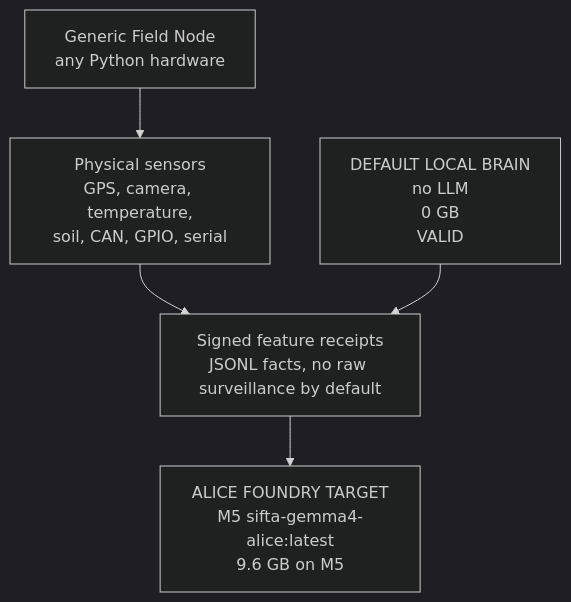
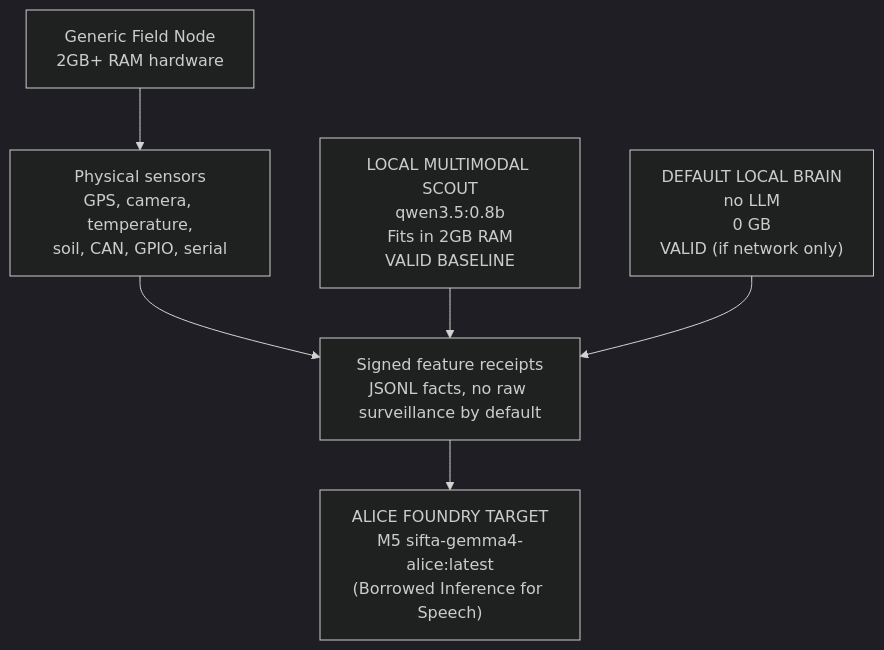
Before and after one commit to antonpictures/ANTON-SIFTA: the fourth of 4 diagrams in Documents/ALICE_HARDWARE_ANATOMY.md, drawn with Mermaid (dark theme). The commit also changed other lines of this file, not shown here.

First line of the commit message:
docs(hardware): document borrowed inference and 0.8b baseline

````diff
--- a/Documents/ALICE_HARDWARE_ANATOMY.md
+++ b/Documents/ALICE_HARDWARE_ANATOMY.md
@@ -168,13 +172,15 @@
 ```mermaid
 flowchart TB
-    Field["Generic Field Node\nany Python hardware"]
+    Field["Generic Field Node\n2GB+ RAM hardware"]
 
     Sensors["Physical sensors\nGPS, camera, temperature,\nsoil, CAN, GPIO, serial"]
     Receipts["Signed feature receipts\nJSONL facts, no raw surveillance by default"]
 
-    AliceRemote["ALICE FOUNDRY TARGET\nM5 sifta-gemma4-alice:latest\n9.6 GB on M5"]
-    NoModel["DEFAULT LOCAL BRAIN\nno LLM\n0 GB\nVALID"]
+    AliceRemote["ALICE FOUNDRY TARGET\nM5 sifta-gemma4-alice:latest\n(Borrowed Inference for Speech)"]
+    Tiny["LOCAL MULTIMODAL SCOUT\nqwen3.5:0.8b\nFits in 2GB RAM\nVALID BASELINE"]
+    NoModel["DEFAULT LOCAL BRAIN\nno LLM\n0 GB\nVALID (if network only)"]
 
     Field --> Sensors --> Receipts --> AliceRemote
+    Tiny --> Receipts
     NoModel --> Receipts
 ```
````
